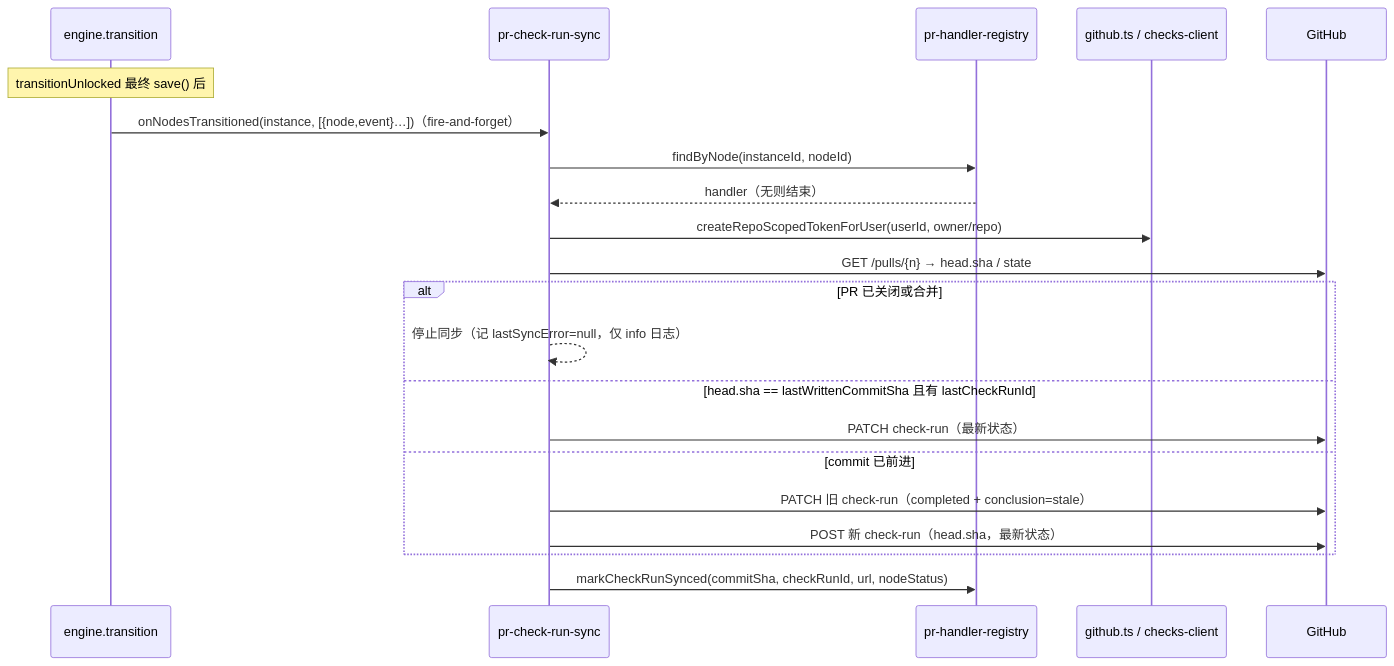
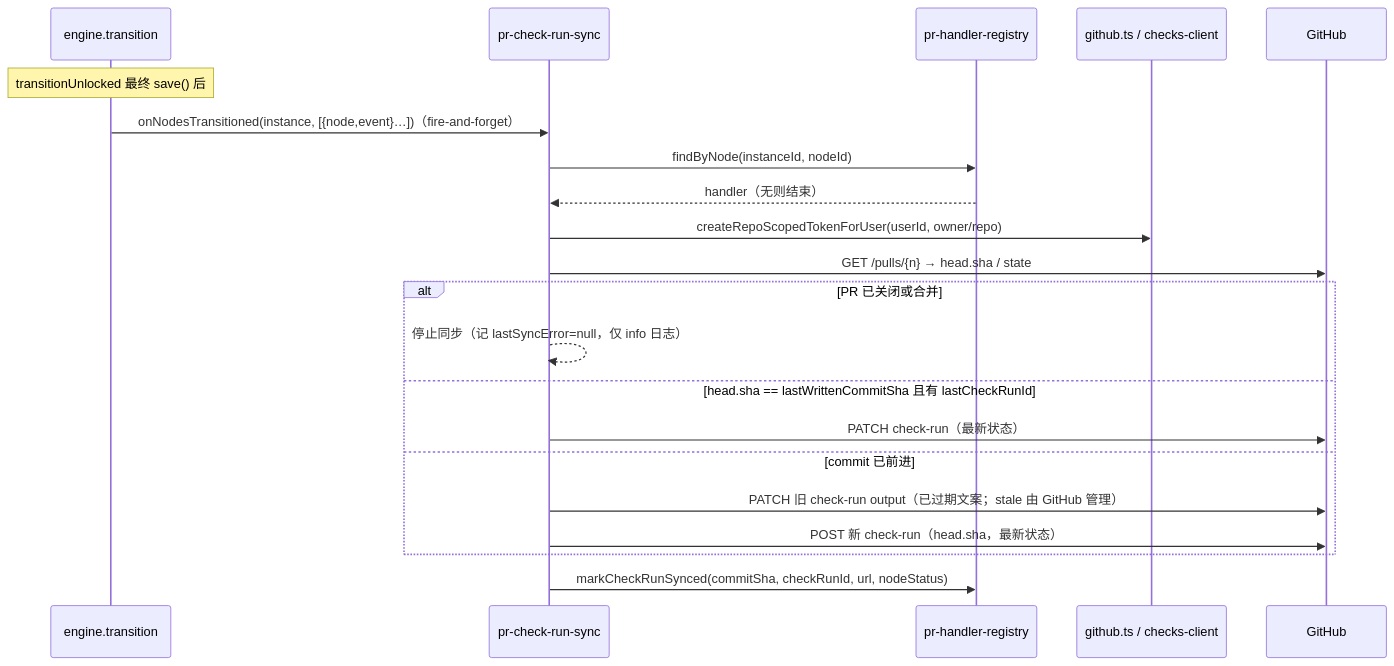
Before and after one commit to Deliay/z-agent-gear: the third of 4 diagrams in docs/engineering/proposals/20261025-feat-workflow-check-runs-sync.md, drawn with Mermaid. The commit also changed other lines of this file and 11 other files, not shown here.

First line of the commit message:
fix(workflow): 不再写入 GitHub 禁止的 stale 结论并收敛过期检查项编排

````diff
--- a/docs/engineering/proposals/20261025-feat-workflow-check-runs-sync.md
+++ b/docs/engineering/proposals/20261025-feat-workflow-check-runs-sync.md
@@ -191,24 +191,24 @@
 ```mermaid
 sequenceDiagram
     participant E as engine.transition
     participant S as pr-check-run-sync
     participant R as pr-handler-registry
     participant G as github.ts / checks-client
     participant GH as GitHub
 
     Note over E: transitionUnlocked 最终 save() 后
     E->>S: onNodesTransitioned(instance, [{node,event}…])（fire-and-forget）
     S->>R: findByNode(instanceId, nodeId)
     R-->>S: handler（无则结束）
     S->>G: createRepoScopedTokenForUser(userId, owner/repo)
     S->>GH: GET /pulls/{n} → head.sha / state
     alt PR 已关闭或合并
         S-->>S: 停止同步（记 lastSyncError=null，仅 info 日志）
     else head.sha == lastWrittenCommitSha 且有 lastCheckRunId
         S->>GH: PATCH check-run（最新状态）
     else commit 已前进
-        S->>GH: PATCH 旧 check-run（completed + conclusion=stale）
+        S->>GH: PATCH 旧 check-run output（已过期文案；stale 由 GitHub 管理）
         S->>GH: POST 新 check-run（head.sha，最新状态）
     end
     S->>R: markCheckRunSynced(commitSha, checkRunId, url, nodeStatus)
 ```
````
